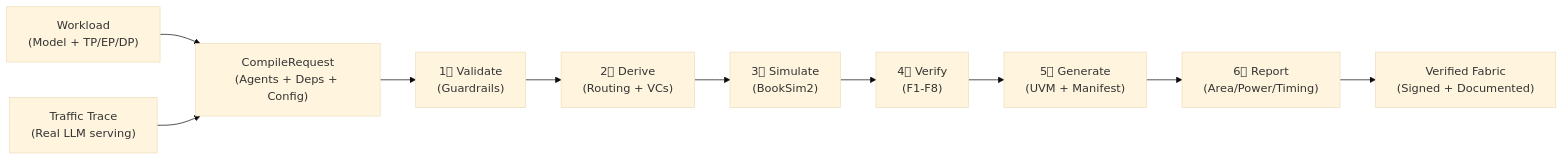
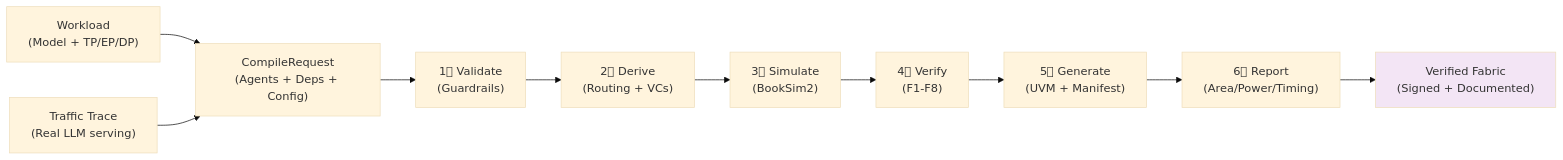
One commit to Anmol-S314/veritx-research changed the first of 17 diagrams in tracks/t3-topology/dse/README.md. Above: the diagram before and after it, drawn with Mermaid (base theme). The commit also changed other lines of this file and 1 other file, not shown here.

First line of the commit message:
docs: color-code all 22 Mermaid diagrams with consistent scheme

````diff
--- a/tracks/t3-topology/dse/README.md
+++ b/tracks/t3-topology/dse/README.md
@@ -92,22 +92,23 @@
 ```mermaid
 flowchart LR
     A["Workload
 (Model + TP/EP/DP)"] --> B["CompileRequest
 (Agents + Deps + Config)"]
     C["Traffic Trace
 (Real LLM serving)"] --> B
     B --> D["1⃣ Validate
 (Guardrails)"]
     D --> E["2⃣ Derive
 (Routing + VCs)"]
     E --> F["3⃣ Simulate
 (BookSim2)"]
     F --> G["4⃣ Verify
 (F1-F8)"]
     G --> H["5⃣ Generate
 (UVM + Manifest)"]
     H --> I["6⃣ Report
 (Area/Power/Timing)"]
     I --> J["Verified Fabric
 (Signed + Documented)"]
+    style J fill:#f3e5f5
 ```
````
